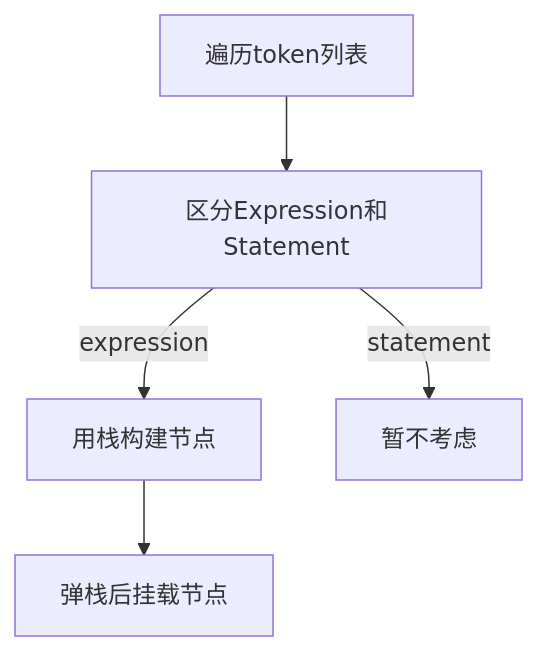
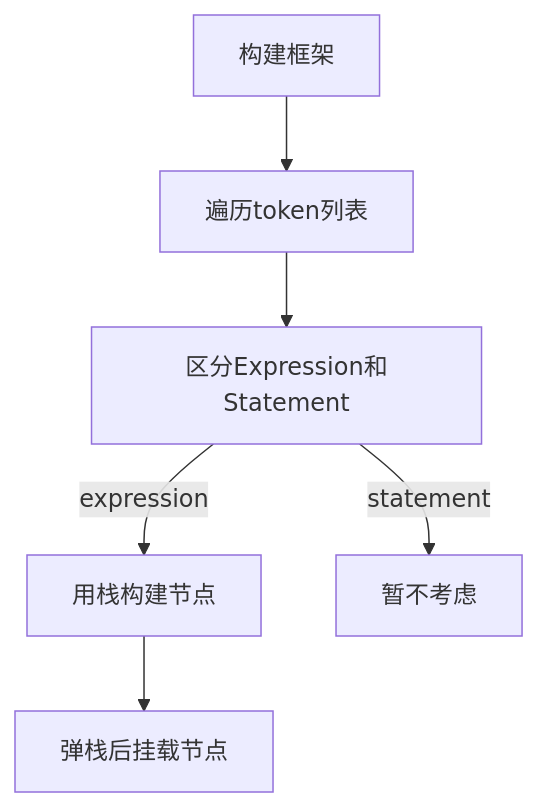
One commit to caoaolong/coding-soul-docs changed the diagram in docs/30.表达式的运算优先级.md. Above: the diagram before and after it, drawn with Mermaid. The commit also changed 1 other file, not shown here.

Commit message:
用栈构建表达式节点

````diff
--- a/docs/30.表达式的运算优先级.md
+++ b/docs/30.表达式的运算优先级.md
@@ -143,11 +143,11 @@
 ```mermaid
 graph TB;
 A["遍历token列表"]
 B["区分Expression和Statement"]
 C["用栈构建节点"]
 D["暂不考虑"]
 E["弹栈后挂载节点"]
 
-A --> B -- "expression" --> C --> E
+S["构建框架"] --> A --> B -- "expression" --> C --> E
 B -- "statement" --> D
 ```
````
